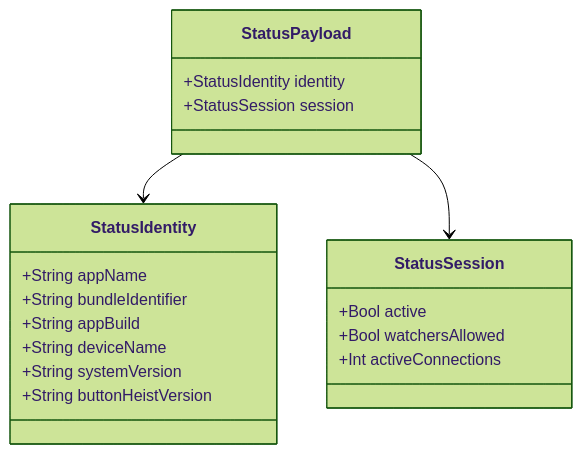
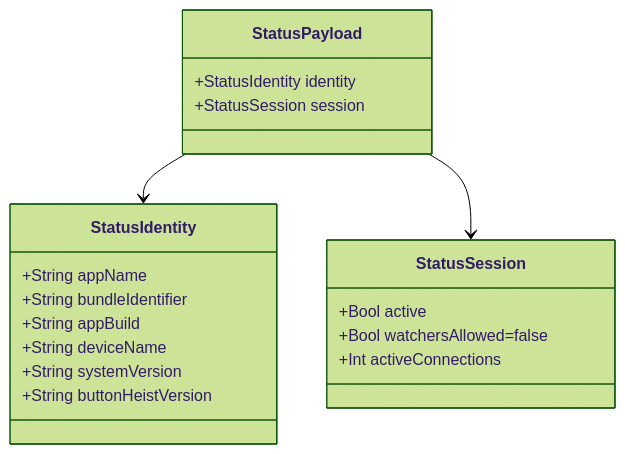
One commit to RoyalPineapple/TheButtonHeist changed the sixth of 7 diagrams in docs/dossiers/18-THESCORE.md. Above: the diagram before and after it, drawn with Mermaid (forest theme). The commit also changed other lines of this file and 35 other files, not shown here.

````diff
--- a/docs/dossiers/18-THESCORE.md
+++ b/docs/dossiers/18-THESCORE.md
@@ -326,25 +326,25 @@
 ```mermaid
 classDiagram
     class StatusPayload {
         +StatusIdentity identity
         +StatusSession session
     }
 
     class StatusIdentity {
         +String appName
         +String bundleIdentifier
         +String appBuild
         +String deviceName
         +String systemVersion
         +String buttonHeistVersion
     }
 
     class StatusSession {
         +Bool active
-        +Bool watchersAllowed
+        +Bool watchersAllowed=false
         +Int activeConnections
     }
 
     StatusPayload --> StatusIdentity
     StatusPayload --> StatusSession
 ```
````
